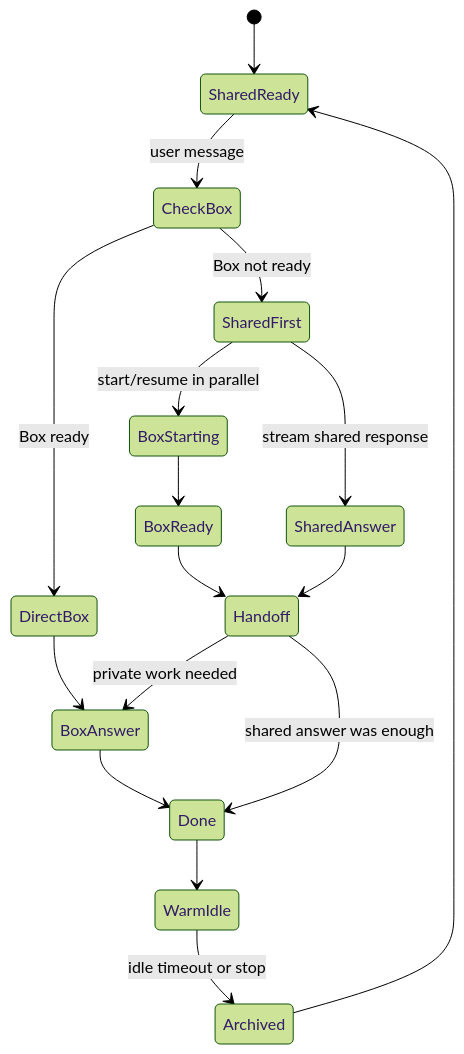
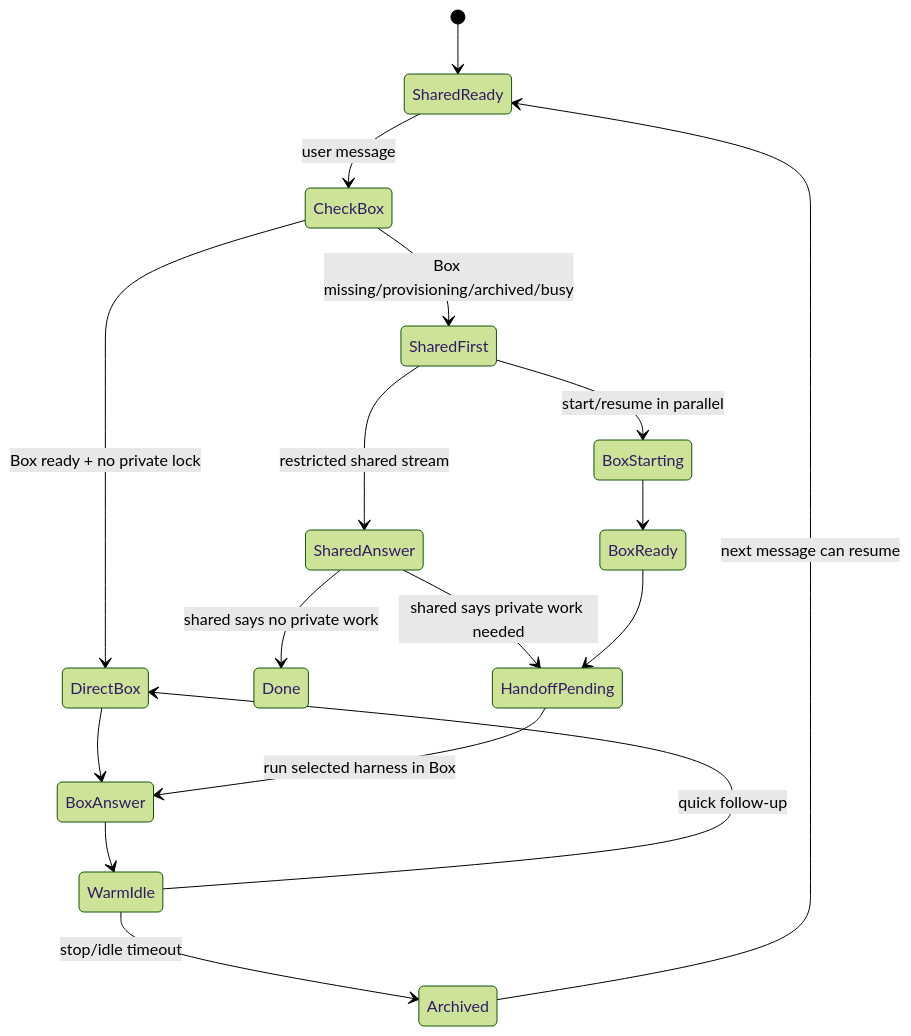
Before and after one commit to ariana-dot-dev/optibox: the diagram in README.md, drawn with Mermaid (forest theme). The commit also changed other lines of this file, not shown here.

````diff
--- a/README.md
+++ b/README.md
@@ -75,19 +91,19 @@
 ```mermaid
 stateDiagram-v2
   [*] --> SharedReady
   SharedReady --> CheckBox: user message
-  CheckBox --> DirectBox: Box ready
-  CheckBox --> SharedFirst: Box not ready
+  CheckBox --> DirectBox: Box ready + no private lock
+  CheckBox --> SharedFirst: Box missing/provisioning/archived/busy
+  SharedFirst --> SharedAnswer: restricted shared stream
   SharedFirst --> BoxStarting: start/resume in parallel
-  SharedFirst --> SharedAnswer: stream shared response
+  SharedAnswer --> Done: shared says no private work
+  SharedAnswer --> HandoffPending: shared says private work needed
   BoxStarting --> BoxReady
-  SharedAnswer --> Handoff
-  BoxReady --> Handoff
+  BoxReady --> HandoffPending
   DirectBox --> BoxAnswer
-  Handoff --> BoxAnswer: private work needed
-  Handoff --> Done: shared answer was enough
-  BoxAnswer --> Done
-  Done --> WarmIdle
-  WarmIdle --> Archived: idle timeout or stop
-  Archived --> SharedReady
+  HandoffPending --> BoxAnswer: run selected harness in Box
+  BoxAnswer --> WarmIdle
+  WarmIdle --> Archived: stop/idle timeout
+  Archived --> SharedReady: next message can resume
+  WarmIdle --> DirectBox: quick follow-up
 ```
````
